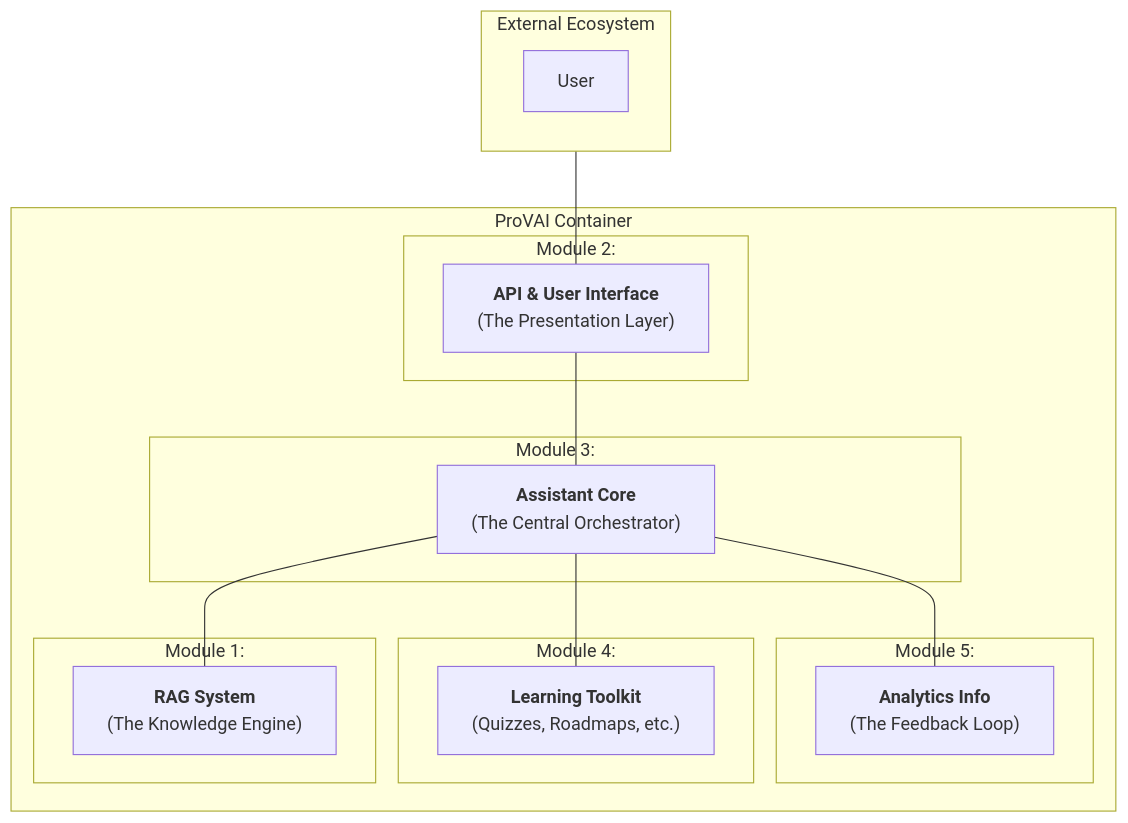
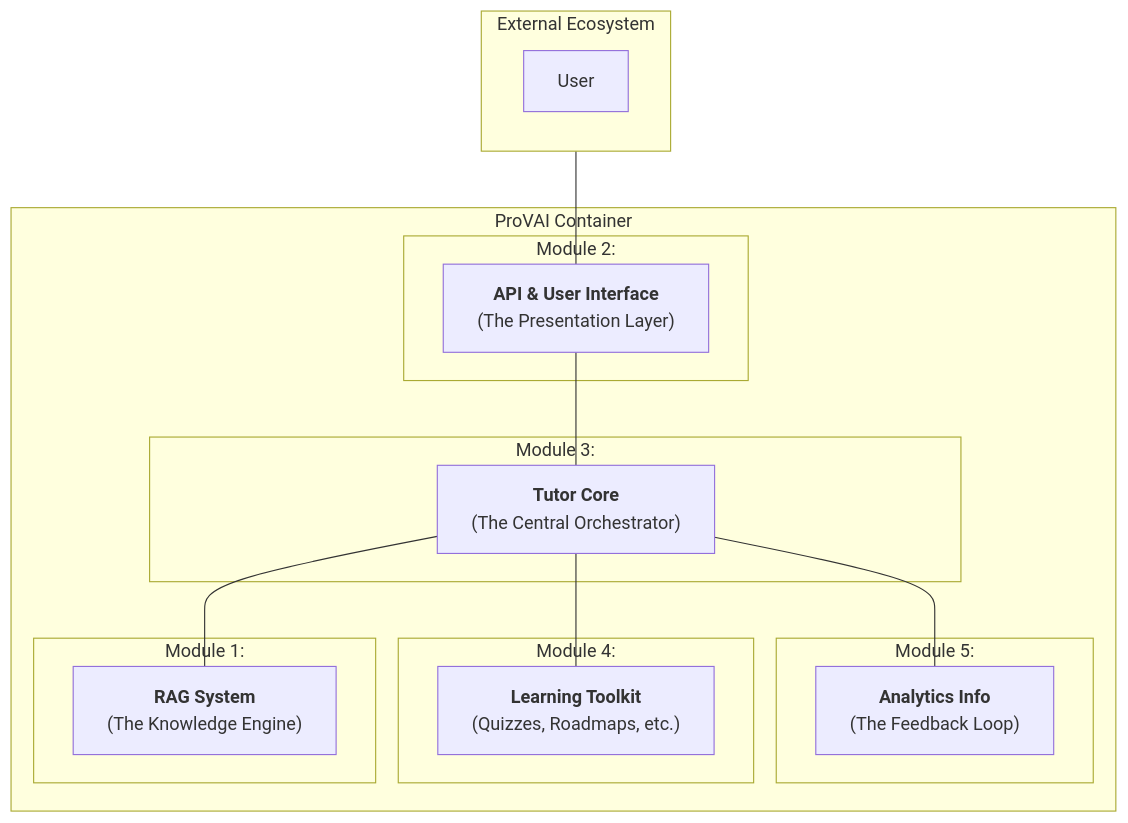
Before and after one commit to joelabreurojas/ProVAI: the diagram in docs/MODULES.md, drawn with Mermaid. The commit also changed other lines of this file and 44 other files, not shown here.

First line of the commit message:
refactor!: domain model from assistant to tutor

````diff
--- a/docs/MODULES.md
+++ b/docs/MODULES.md
@@ -11,37 +11,37 @@
 ```mermaid
 graph TD
     subgraph "External Ecosystem"
         direction LR
         User
     end
 
     subgraph "ProVAI Container"
 
         subgraph "Module 2:"
             B["<b>API & User Interface</b><br/>(The Presentation Layer)"]
         end
 
         subgraph "Module 3:"
-            C["<b>Assistant Core</b><br/>(The Central Orchestrator)"]
+            C["<b>Tutor Core</b><br/>(The Central Orchestrator)"]
         end
 
         subgraph "Module 5:"
             F["<b>Analytics Info</b><br/>(The Feedback Loop)"]
         end
 
         subgraph "Module 4:"
             E["<b>Learning Toolkit</b><br/>(Quizzes, Roadmaps, etc.)"]
         end
 
         subgraph "Module 1:"
             A["<b>RAG System</b><br/>(The Knowledge Engine)"]
         end
 
         User --- B
         B --- C
 
         C --- A
         C --- E
         C --- F
     end
 ```
````
